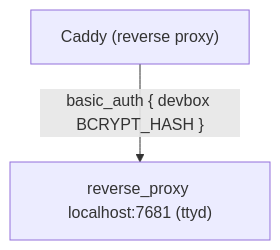
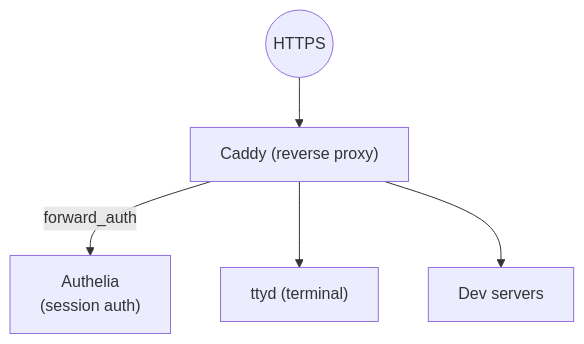
Before and after one commit to HenkVanMaanen/devbox: the second of 2 diagrams in docs/security.md, drawn with Mermaid. The commit also changed other lines of this file and 32 other files, not shown here.

First line of the commit message:
feat: replace basic auth with Authelia forward auth

````diff
--- a/docs/security.md
+++ b/docs/security.md
@@ -249,5 +225,7 @@
 ```mermaid
 flowchart TD
-    Caddy["Caddy (reverse proxy)"]
-    Caddy -->|"basic_auth { devbox BCRYPT_HASH }"| ttyd["reverse_proxy localhost:7681 (ttyd)"]
+    Internet((HTTPS)) --> Caddy["Caddy (reverse proxy)"]
+    Caddy -->|"forward_auth"| Authelia["Authelia<br/>(session auth)"]
+    Caddy --> ttyd["ttyd (terminal)"]
+    Caddy --> DevServers["Dev servers"]
 ```
````
